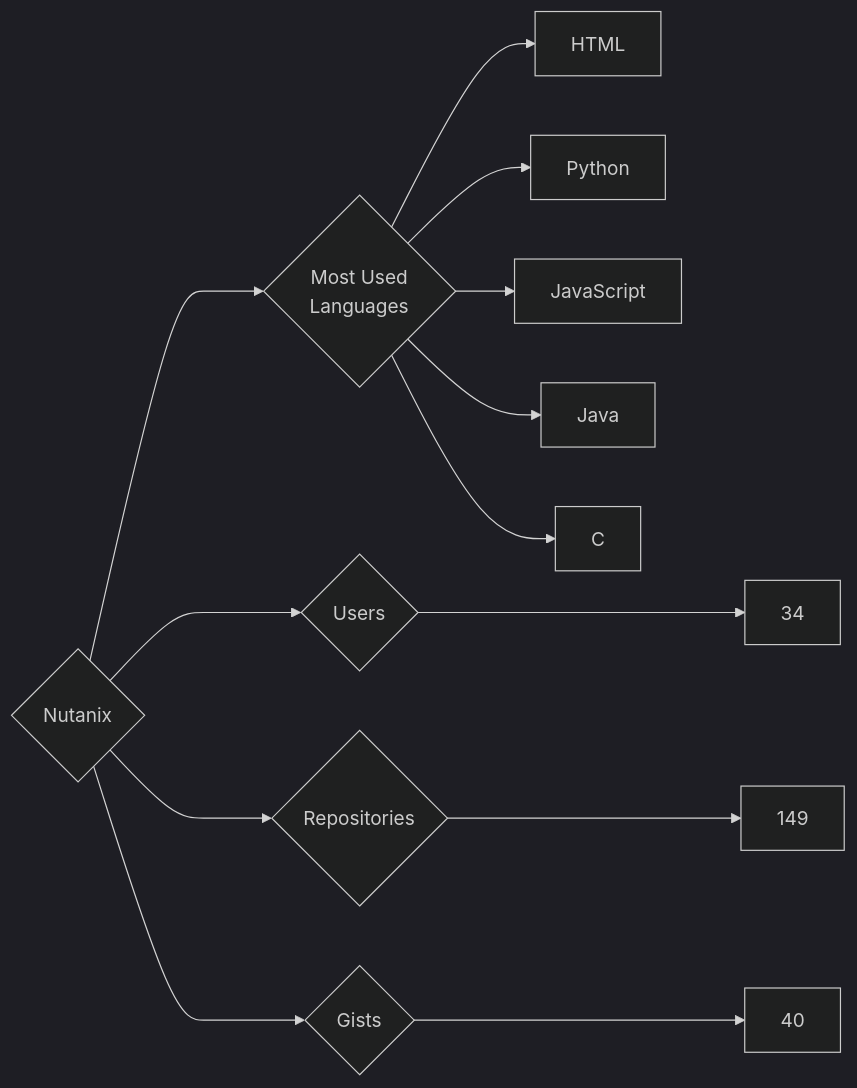
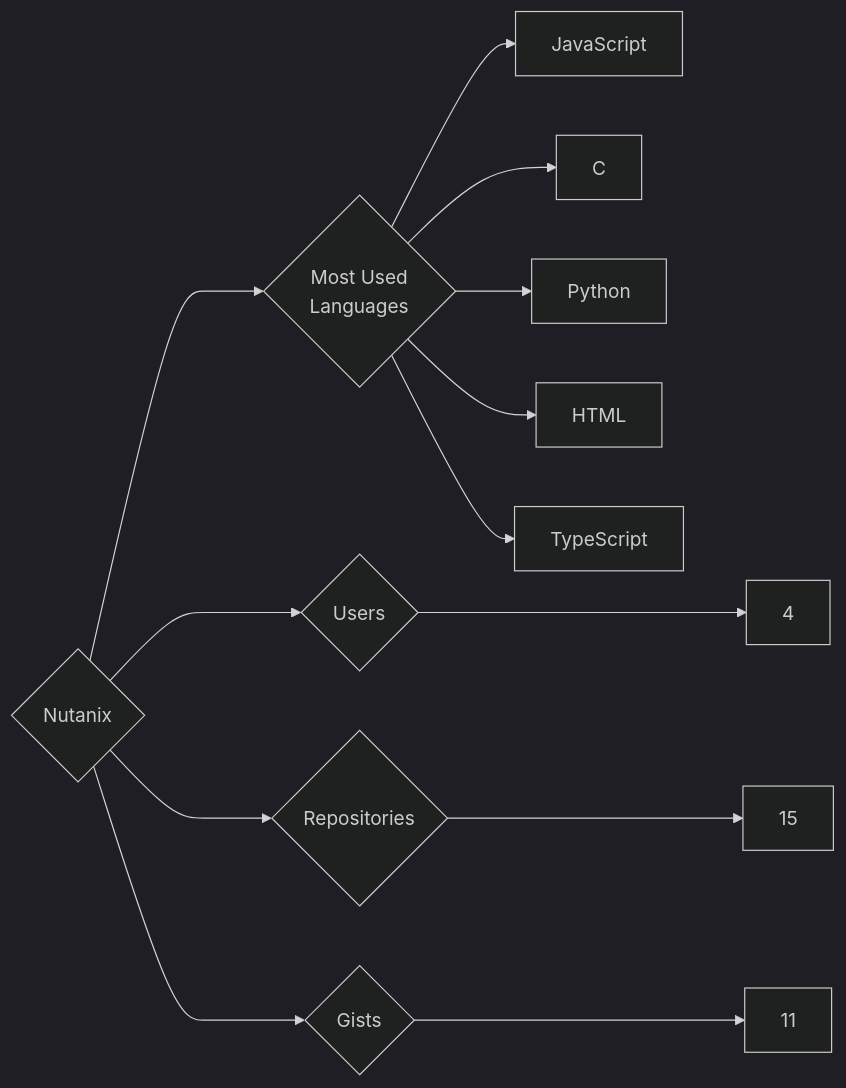
The diagram in targets/Nutanix/README.md (trickest/insiders), drawn with Mermaid (dark theme) before and after one commit. The commit also changed 955 other files, not shown here.

````diff
--- a/targets/Nutanix/README.md
+++ b/targets/Nutanix/README.md
@@ -3,13 +3,13 @@
 ```mermaid
 graph LR
 COMPANY_NAME{Nutanix}
-COMPANY_NAME ---> U{Users} ---> UN[34]
-COMPANY_NAME ---> R{Repositories} ---> RN[149]
-COMPANY_NAME ---> G{Gists} ---> GN[40]
+COMPANY_NAME ---> U{Users} ---> UN[4]
+COMPANY_NAME ---> R{Repositories} ---> RN[15]
+COMPANY_NAME ---> G{Gists} ---> GN[11]
 COMPANY_NAME ---> ML{Most Used<br>Languages}
+ML --> JavaScript[JavaScript]
+ML --> C[C]
+ML --> Python[Python]
 ML --> HTML[HTML]
-ML --> Python[Python]
-ML --> JavaScript[JavaScript]
-ML --> Java[Java]
-ML --> C[C]
+ML --> TypeScript[TypeScript]
 ```
````
